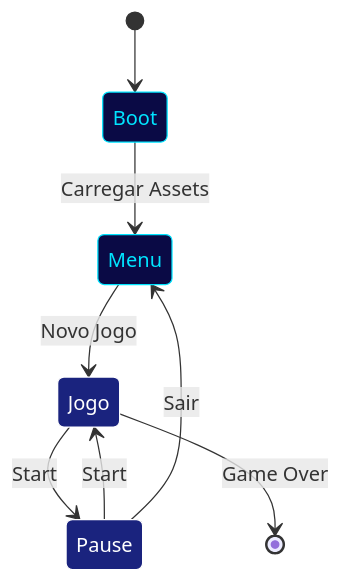
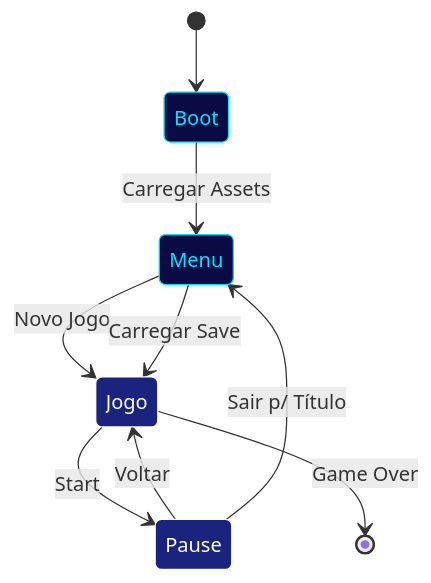
Before and after one commit to PedroQuimelo/Krone_PS2: the first of 2 diagrams in docs/fluxo_dados.md, drawn with Mermaid.

````diff
--- a/docs/fluxo_dados.md
+++ b/docs/fluxo_dados.md
@@ -18,16 +18,20 @@
 ```mermaid
 stateDiagram-v2
     [*] --> Boot
     Boot --> Menu: Carregar Assets
+
+    %% Duas formas de ir para o jogo
     Menu --> Jogo: Novo Jogo
+    Menu --> Jogo: Carregar Save
+
     Jogo --> Pause: Start
-    Pause --> Jogo: Start
-    Pause --> Menu: Sair
+    Pause --> Jogo: Voltar
+    Pause --> Menu: Sair p/ Título
     Jogo --> [*]: Game Over
 
 %% --- ÁREA DE PINTURA ---
     style Boot fill:#0a0a45,color:#00e5ff,stroke:#00e5ff
     style Menu fill:#0a0a45,color:#00e5ff,stroke:#00e5ff
     style Jogo fill:#1a237e,color:#fff,stroke:#fff
     style Pause fill:#1a237e,color:#fff,stroke:#fff
 ```
````
